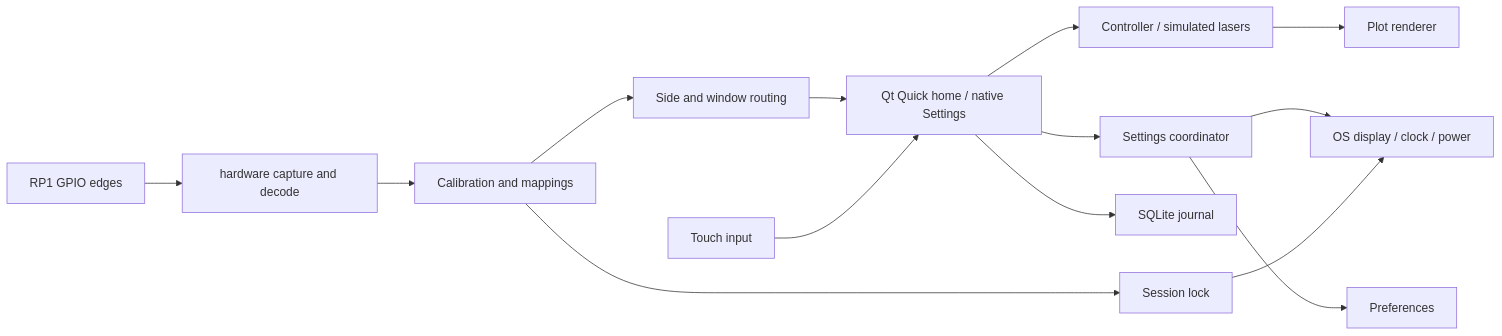
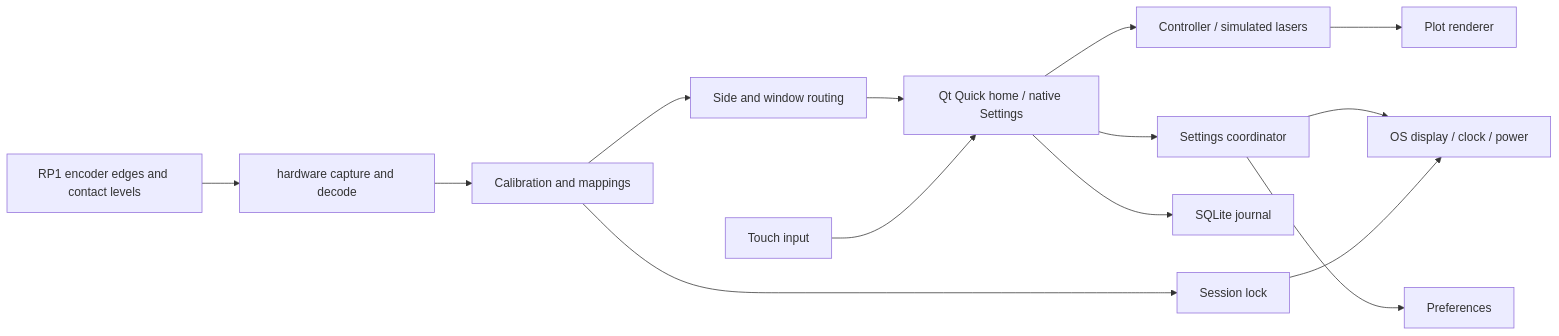
One commit to chilly23/DLC_firmware_repository changed the diagram in APP.md. Above: the diagram before and after it, drawn with Mermaid. The commit also changed other lines of this file and 8 other files, not shown here.

````diff
--- a/APP.md
+++ b/APP.md
@@ -153,16 +220,16 @@
 ```mermaid
 flowchart LR
-  GPIO[RP1 GPIO edges] --> Capture[hardware capture and decode]
+  GPIO[RP1 encoder edges and contact levels] --> Capture[hardware capture and decode]
   Capture --> Service[Calibration and mappings]
   Service --> Router[Side and window routing]
   Router --> UI[Qt Quick home / native Settings]
   Touch[Touch input] --> UI
   UI --> Controller[Controller / simulated lasers]
   Controller --> Plot[Plot renderer]
   UI --> Settings[Settings coordinator]
   Settings --> Device[OS display / clock / power]
   Settings --> Store[Preferences]
   UI --> Journal[SQLite journal]
   Service --> Lock[Session lock]
   Lock --> Device
 ```
````
